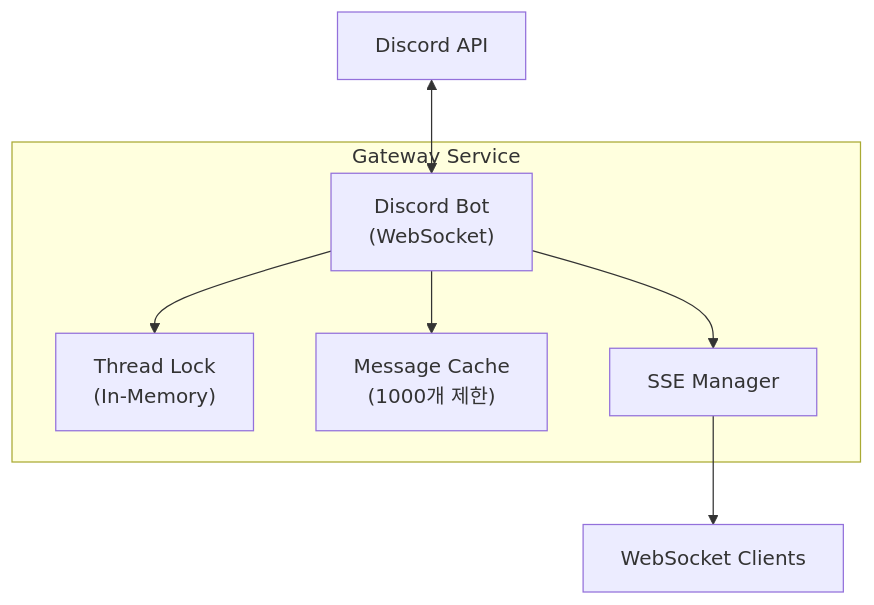
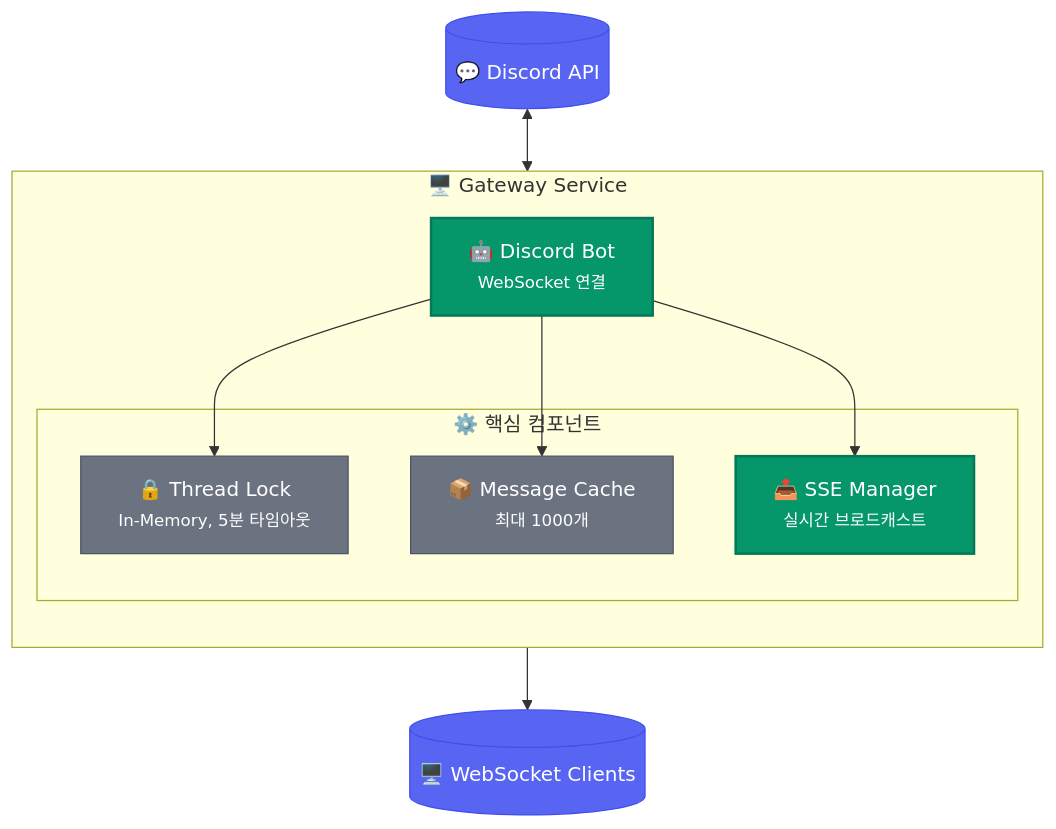
The third of 8 diagrams in content/ko/post/2026-03-01-013-discord-gateway-mcp-아키텍처-설계.md (yarang/blogs), drawn with Mermaid before and after one commit. The commit also changed other lines of this file and 4 other files, not shown here.

First line of the commit message:
Upgrade Mermaid diagrams with enhanced styling

````diff
--- a/content/ko/post/2026-03-01-013-discord-gateway-mcp-아키텍처-설계.md
+++ b/content/ko/post/2026-03-01-013-discord-gateway-mcp-아키텍처-설계.md
@@ -161,15 +179,25 @@
 ```mermaid
 flowchart TB
-    subgraph Gateway["Gateway Service"]
-        Bot["Discord Bot<br/>(WebSocket)"]
-        Lock["Thread Lock<br/>(In-Memory)"]
-        Cache["Message Cache<br/>(1000개 제한)"]
-        SSE["SSE Manager"]
+    %% 스타일 정의
+    classDef gateway fill:#059669,stroke:#047857,color:#fff,stroke-width:2px
+    classDef storage fill:#6B7280,stroke:#4B5563,color:#fff
+    classDef external fill:#5865F2,stroke:#404EED,color:#fff
+
+    subgraph Gateway["🖥️ Gateway Service"]
+        direction TB
+
+        Bot["🤖 Discord Bot<br/><small>WebSocket 연결</small>"]:::gateway
+
+        subgraph Core["⚙️ 핵심 컴포넌트"]
+            Lock["🔒 Thread Lock<br/><small>In-Memory, 5분 타임아웃</small>"]:::storage
+            Cache["📦 Message Cache<br/><small>최대 1000개</small>"]:::storage
+            SSE["📤 SSE Manager<br/><small>실시간 브로드캐스트</small>"]:::gateway
+        end
     end
 
-    Discord[Discord API] <--> Bot
+    Discord[("💬 Discord API")]:::external <--> Bot
     Bot --> Lock
     Bot --> Cache
     Bot --> SSE
-    SSE --> Clients[WebSocket Clients]
+    SSE --> Clients[("🖥️ WebSocket Clients")]:::external
 ```
````
